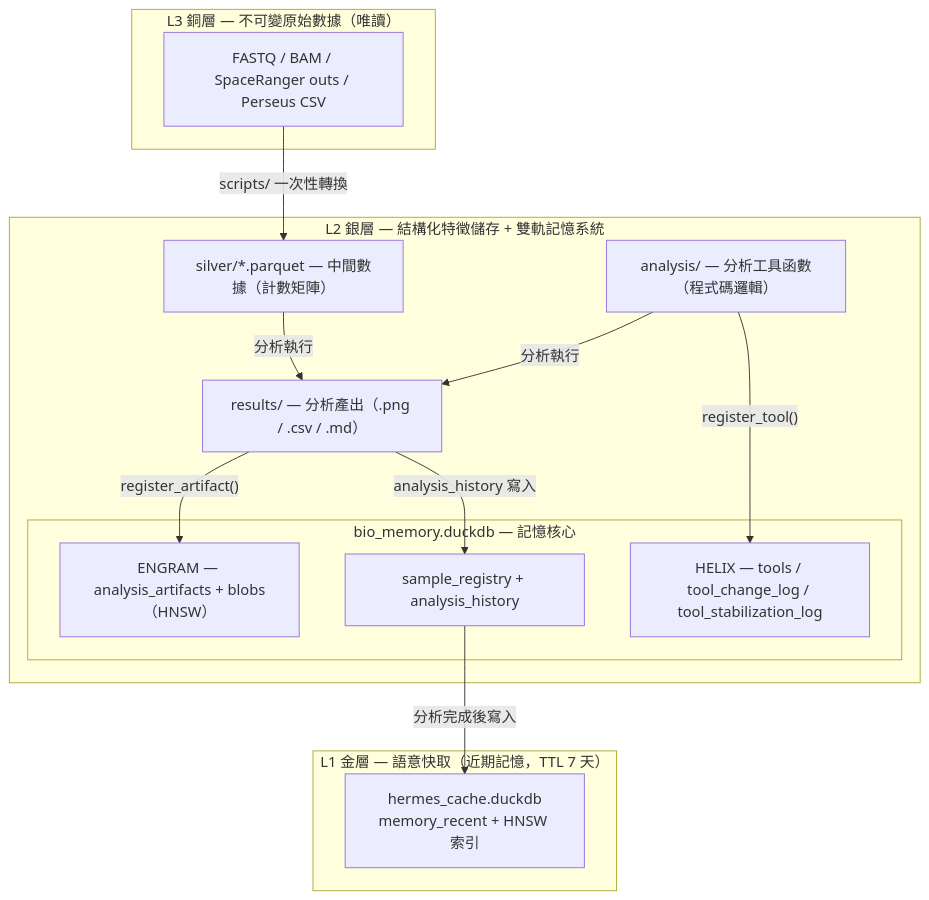
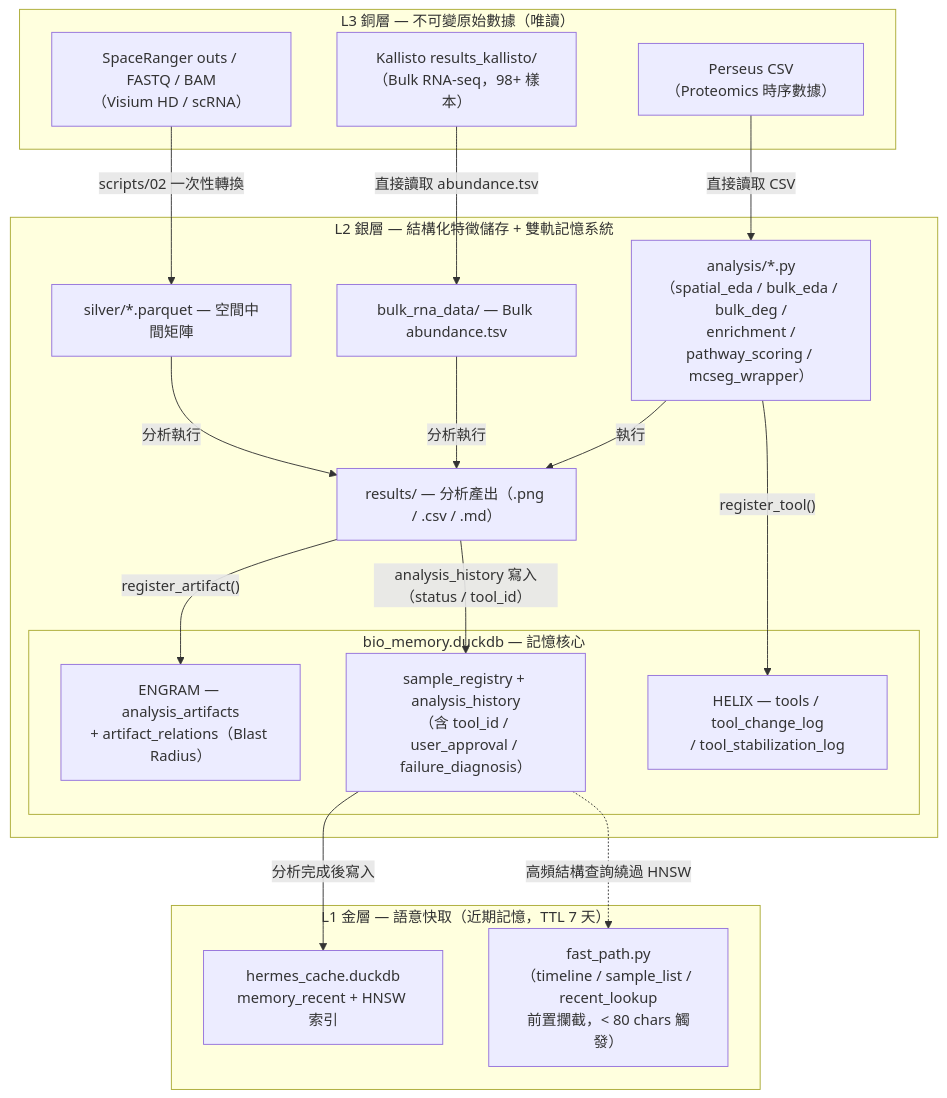
One commit to ddmanyes/Evo_PRISM changed the second of 17 diagrams in docs/plans/plan_zh.md. Above: the diagram before and after it, drawn with Mermaid. The commit also changed other lines of this file and 103 other files, not shown here.

First line of the commit message:
feat(helix,engram,paper): complete Phase 13 EvolveMem integration & polish GigaScience paper draft

````diff
--- a/docs/plans/plan_zh.md
+++ b/docs/plans/plan_zh.md
@@ -192,30 +192,37 @@
 ```mermaid
 graph TD
 subgraph L3["L3 銅層 — 不可變原始數據（唯讀）"]
-raw["FASTQ / BAM / SpaceRanger outs / Perseus CSV"]
+raw["SpaceRanger outs / FASTQ / BAM\n（Visium HD / scRNA）"]
+bulk_raw["Kallisto results_kallisto/\n（Bulk RNA-seq，98+ 樣本）"]
+prot_raw["Perseus CSV\n（Proteomics 時序數據）"]
 end
 
 subgraph L2["L2 銀層 — 結構化特徵儲存 + 雙軌記憶系統"]
-parquet["silver/*.parquet — 中間數據（計數矩陣）"]
+parquet["silver/*.parquet — 空間中間矩陣"]
+bulk_dir["bulk_rna_data/ — Bulk abundance.tsv"]
+analysis_funcs["analysis/*.py\n（spatial_eda / bulk_eda / bulk_deg /\n enrichment / pathway_scoring / mcseg_wrapper）"]
 results["results/ — 分析產出（.png / .csv / .md）"]
-analysis_funcs["analysis/ — 分析工具函數（程式碼邏輯）"]
 subgraph db["bio_memory.duckdb — 記憶核心"]
-core["sample_registry + analysis_history"]
-helix["HELIX — tools / tool_change_log / tool_stabilization_log"]
-engram["ENGRAM — analysis_artifacts + blobs（HNSW）"]
+core["sample_registry + analysis_history\n（含 tool_id / user_approval / failure_diagnosis）"]
+helix["HELIX — tools / tool_change_log\n/ tool_stabilization_log"]
+engram["ENGRAM — analysis_artifacts\n+ artifact_relations（Blast Radius）"]
 end
 end
 
 subgraph L1["L1 金層 — 語意快取（近期記憶，TTL 7 天）"]
-cache["hermes_cache.duckdb
-memory_recent + HNSW 索引"]
+cache["hermes_cache.duckdb\nmemory_recent + HNSW 索引"]
+fast_path["fast_path.py\n（timeline / sample_list / recent_lookup\n前置攔截，< 80 chars 觸發）"]
 end
 
-raw -->|"scripts/ 一次性轉換"| parquet
+raw -->|"scripts/02 一次性轉換"| parquet
+bulk_raw -->|"直接讀取 abundance.tsv"| bulk_dir
+prot_raw -->|"直接讀取 CSV"| analysis_funcs
 parquet -->|"分析執行"| results
-analysis_funcs -->|"分析執行"| results
+bulk_dir -->|"分析執行"| results
+analysis_funcs -->|"執行"| results
 analysis_funcs -->|"register_tool()"| helix
 results -->|"register_artifact()"| engram
-results -->|"analysis_history 寫入"| core
+results -->|"analysis_history 寫入（status / tool_id）"| core
 core -->|"分析完成後寫入"| cache
+core -.->|"高頻結構查詢繞過 HNSW"| fast_path
 ```
````
